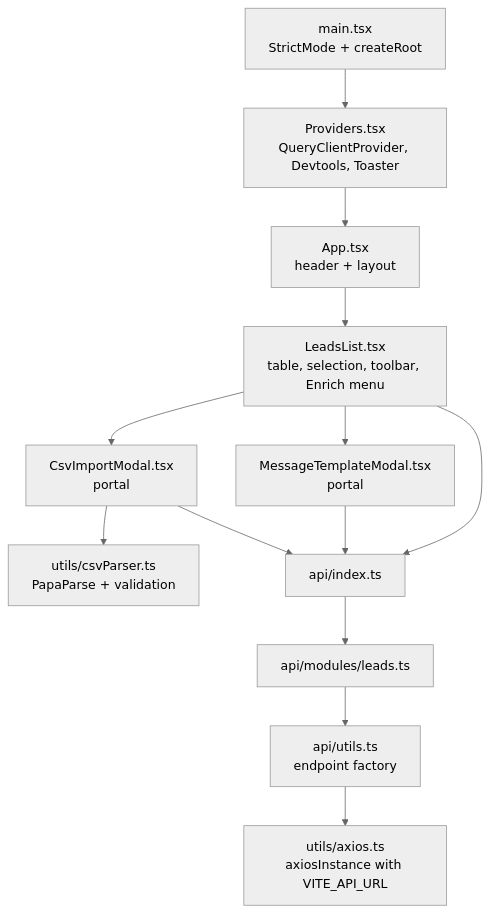
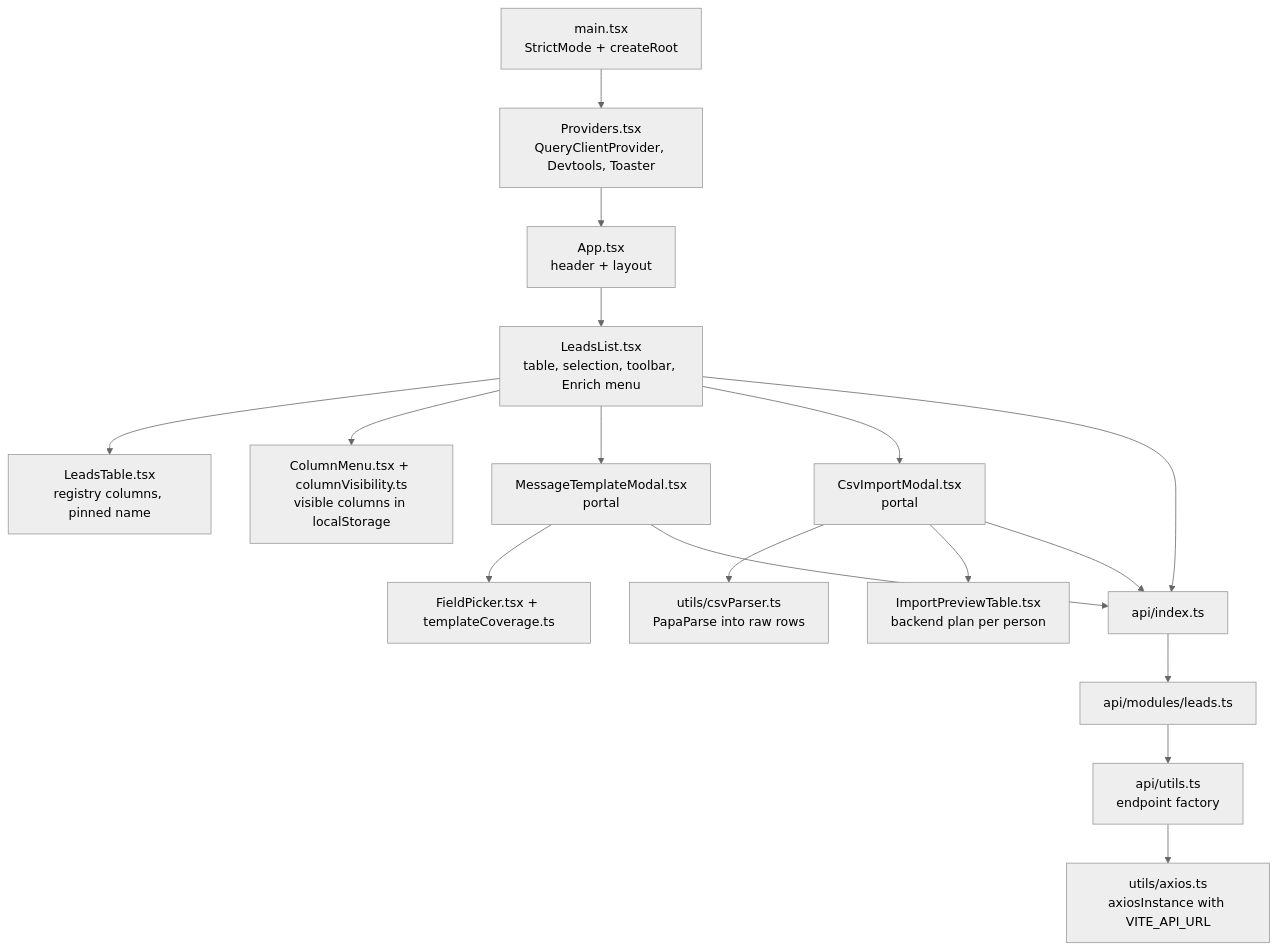
Before and after one commit to Genesy-AI/technical-task-sergi-cortes: the first of 2 diagrams in design/architecture/03-frontend.md, drawn with Mermaid (neutral theme). The commit also changed other lines of this file and 9 other files, not shown here.

First line of the commit message:
docs: document the lead field registry, role history, and import plan

````diff
--- a/design/architecture/03-frontend.md
+++ b/design/architecture/03-frontend.md
@@ -8,15 +8,19 @@
 ```mermaid
 flowchart TB
     MAIN[main.tsx<br/>StrictMode + createRoot] --> PROV[Providers.tsx<br/>QueryClientProvider, Devtools, Toaster]
     PROV --> APP[App.tsx<br/>header + layout]
     APP --> LIST[LeadsList.tsx<br/>table, selection, toolbar, Enrich menu]
+    LIST --> TABLE[LeadsTable.tsx<br/>registry columns, pinned name]
+    LIST --> COLS[ColumnMenu.tsx + columnVisibility.ts<br/>visible columns in localStorage]
     LIST --> MSGM[MessageTemplateModal.tsx<br/>portal]
+    MSGM --> PICK[FieldPicker.tsx + templateCoverage.ts]
     LIST --> CSVM[CsvImportModal.tsx<br/>portal]
-    CSVM --> PARSER[utils/csvParser.ts<br/>PapaParse + validation]
+    CSVM --> PARSER[utils/csvParser.ts<br/>PapaParse into raw rows]
+    CSVM --> PREV[ImportPreviewTable.tsx<br/>backend plan per person]
     LIST --> API[api/index.ts]
     MSGM --> API
     CSVM --> API
     API --> MOD[api/modules/leads.ts]
     MOD --> EP[api/utils.ts<br/>endpoint factory]
     EP --> AX[utils/axios.ts<br/>axiosInstance with VITE_API_URL]
 ```
````
